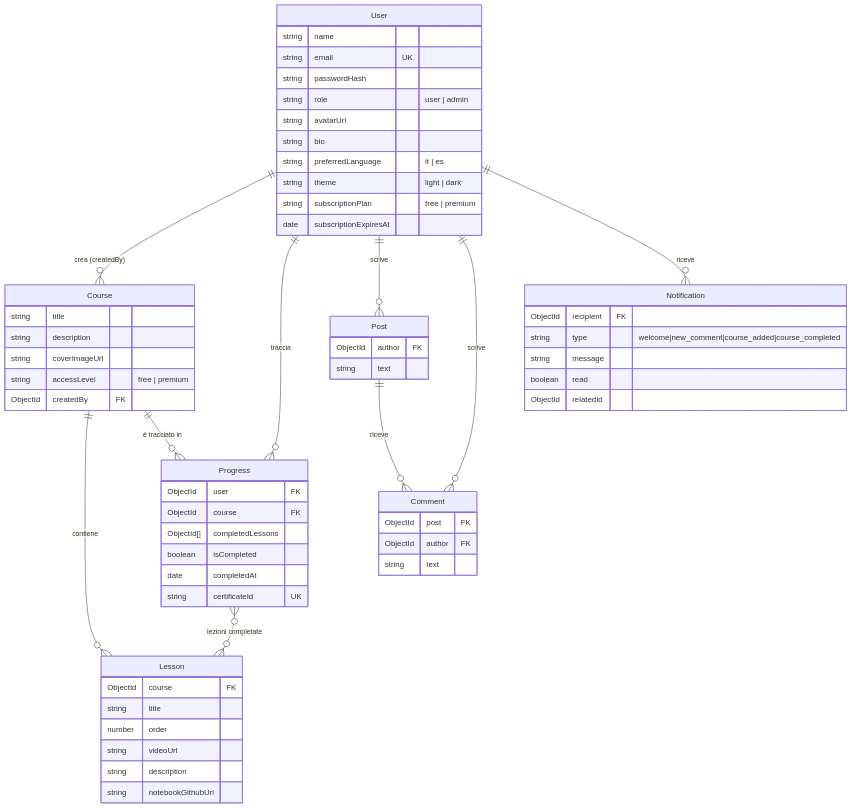
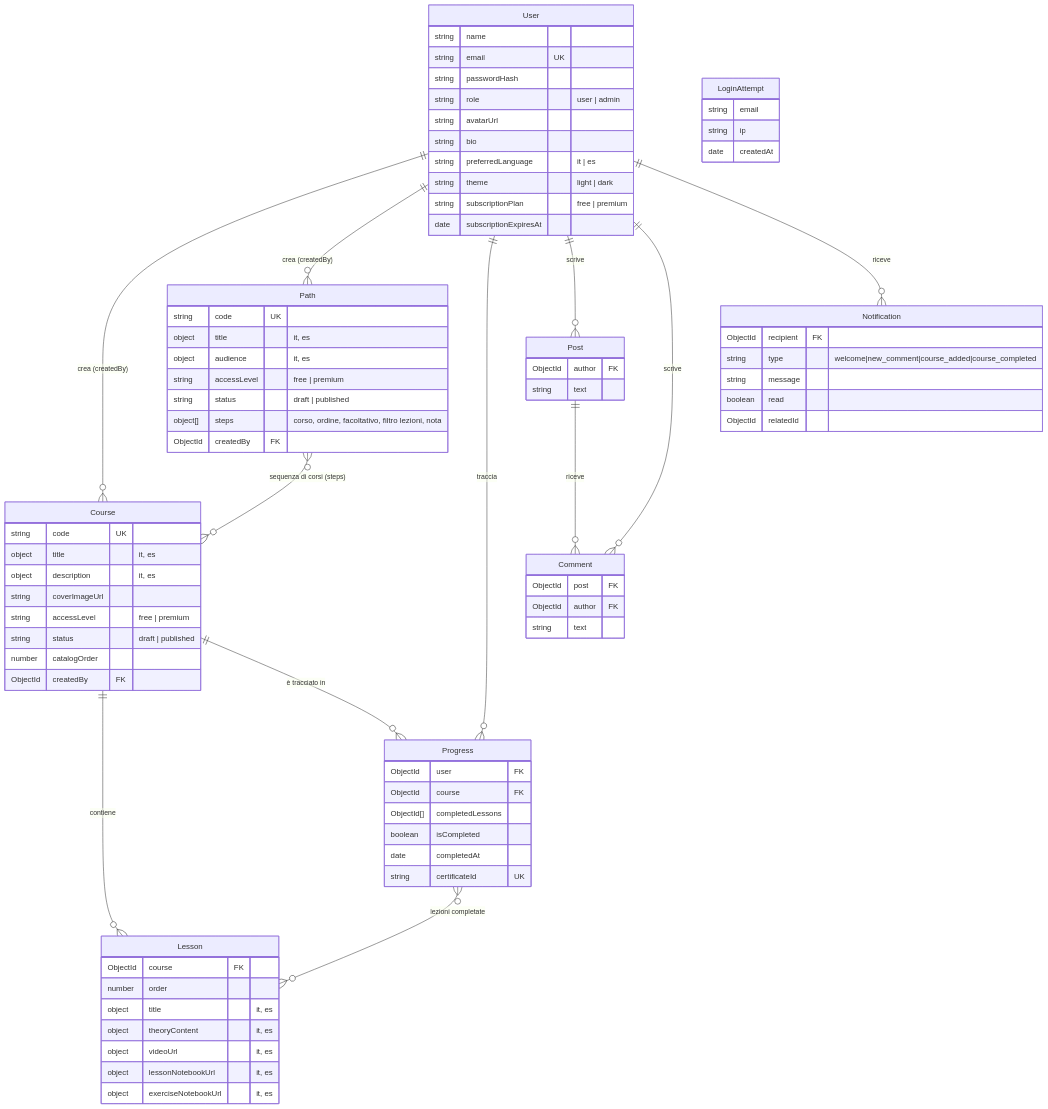
One commit to RaffaeleBini/Progetto-ArcadIA changed the second of 2 diagrams in docs/capitolato-tecnico.md. Above: the diagram before and after it, drawn with Mermaid. The commit also changed other lines of this file and 1 other file, not shown here.

```diff
--- a/docs/capitolato-tecnico.md
+++ b/docs/capitolato-tecnico.md
@@ -206,6 +208,8 @@
 erDiagram
     User ||--o{ Course : "crea (createdBy)"
     Course ||--o{ Lesson : contiene
+    Path }o--o{ Course : "sequenza di corsi (steps)"
+    User ||--o{ Path : "crea (createdBy)"
     User ||--o{ Progress : traccia
     Course ||--o{ Progress : "è tracciato in"
     Progress }o--o{ Lesson : "lezioni completate"
@@ -227,19 +231,37 @@
         date subscriptionExpiresAt
     }
     Course {
-        string title
-        string description
+        string code UK
+        object title "it, es"
+        object description "it, es"
         string coverImageUrl
         string accessLevel "free | premium"
+        string status "draft | published"
+        number catalogOrder
         ObjectId createdBy FK
     }
     Lesson {
         ObjectId course FK
-        string title
         number order
-        string videoUrl
-        string description
-        string notebookGithubUrl
+        object title "it, es"
+        object theoryContent "it, es"
+        object videoUrl "it, es"
+        object lessonNotebookUrl "it, es"
+        object exerciseNotebookUrl "it, es"
+    }
+    Path {
+        string code UK
+        object title "it, es"
+        object audience "it, es"
+        string accessLevel "free | premium"
+        string status "draft | published"
+        object[] steps "corso, ordine, facoltativo, filtro lezioni, nota"
+        ObjectId createdBy FK
+    }
+    LoginAttempt {
+        string email
+        string ip
+        date createdAt
     }
     Progress {
         ObjectId user FK
```
